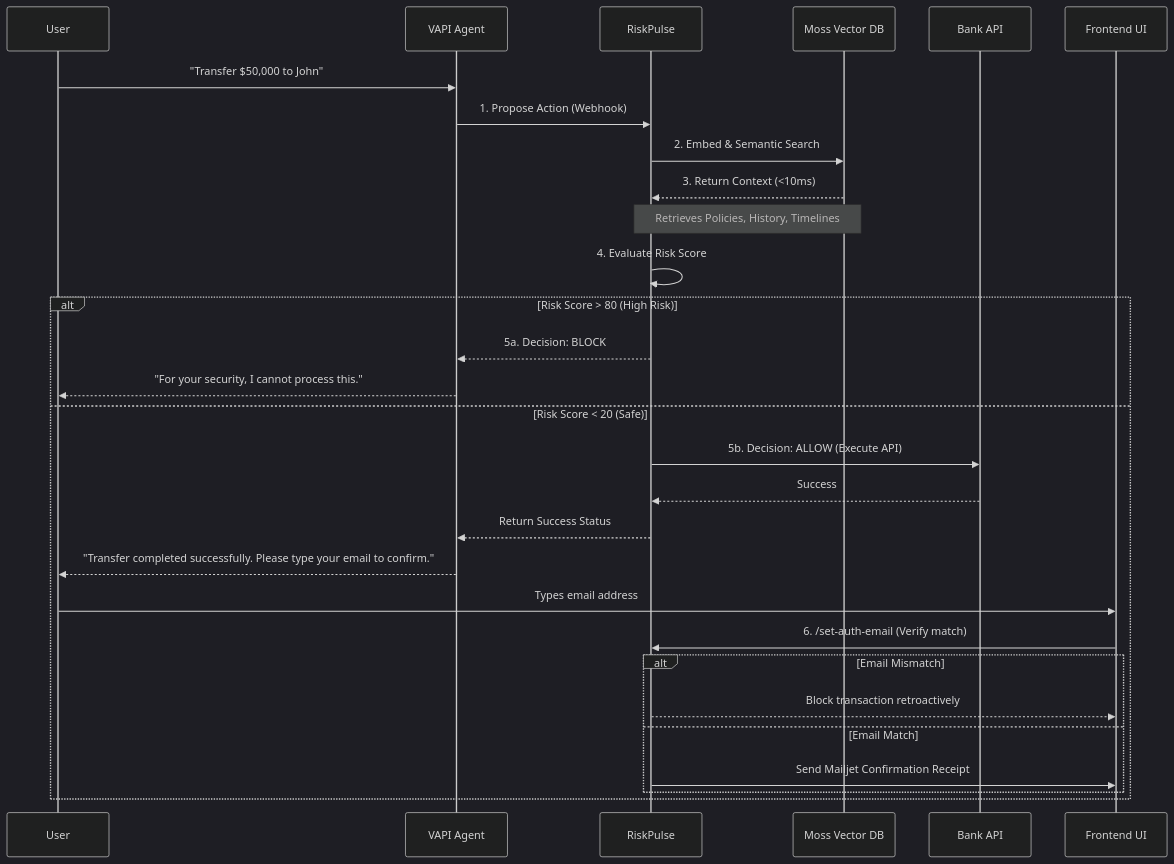
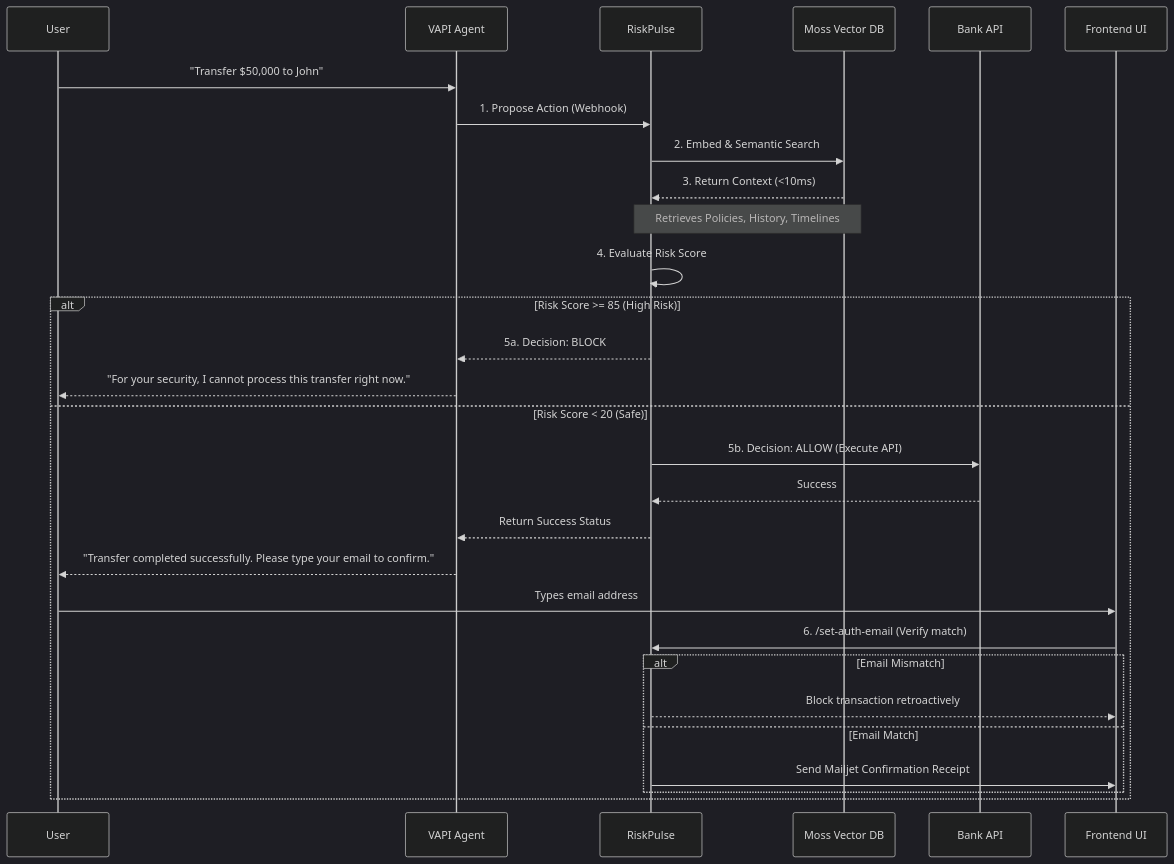
Before and after one commit to shantanushinde99/Risk-Pulse-: the second of 4 diagrams in README.md, drawn with Mermaid (dark theme). The commit also changed other lines of this file and 1 other file, not shown here.

````diff
--- a/README.md
+++ b/README.md
@@ -66,33 +66,33 @@
 ```mermaid
 sequenceDiagram
     participant U as User
     participant V as VAPI Agent
     participant RP as RiskPulse
     participant M as Moss Vector DB
     participant B as Bank API
     participant UI as Frontend UI
 
     U->>V: "Transfer $50,000 to John"
     V->>RP: 1. Propose Action (Webhook)
     RP->>M: 2. Embed & Semantic Search
     M-->>RP: 3. Return Context (<10ms)
     Note over RP,M: Retrieves Policies, History, Timelines
     RP->>RP: 4. Evaluate Risk Score
 
-    alt Risk Score > 80 (High Risk)
+    alt Risk Score >= 85 (High Risk)
         RP-->>V: 5a. Decision: BLOCK
-        V-->>U: "For your security, I cannot process this."
+        V-->>U: "For your security, I cannot process this transfer right now."
     else Risk Score < 20 (Safe)
         RP->>B: 5b. Decision: ALLOW (Execute API)
         B-->>RP: Success
         RP-->>V: Return Success Status
         V-->>U: "Transfer completed successfully. Please type your email to confirm."
         U->>UI: Types email address
         UI->>RP: 6. /set-auth-email (Verify match)
         alt Email Mismatch
             RP-->>UI: Block transaction retroactively
         else Email Match
             RP->>UI: Send Mailjet Confirmation Receipt
         end
     end
 ```
````
